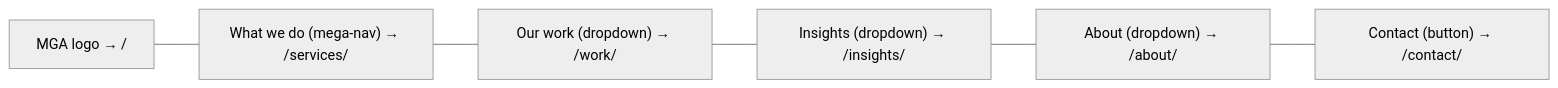
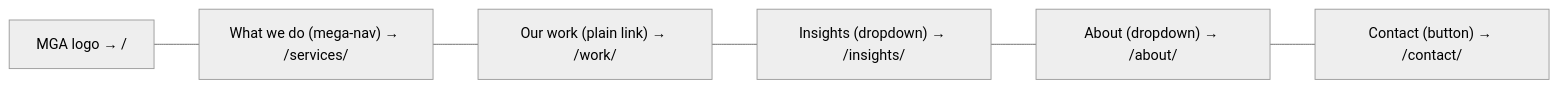
The first of 7 diagrams in docs/diagrams/mega-nav.md (gsdd/temp-manifesto-ia), drawn with Mermaid (neutral theme) before and after one commit. The commit also changed other lines of this file and 1 other file, not shown here.

Commit message:
v2 mermaid diagrams for the three-column mega-nav, triangle mapping and sitemap

````diff
--- a/docs/diagrams/mega-nav.md
+++ b/docs/diagrams/mega-nav.md
@@ -7,10 +7,10 @@
 ```mermaid
 flowchart LR
     Logo["MGA logo → /"]
     WWD["What we do (mega-nav) → /services/"]
-    Work["Our work (dropdown) → /work/"]
+    Work["Our work (plain link) → /work/"]
     Insights["Insights (dropdown) → /insights/"]
     About["About (dropdown) → /about/"]
     Contact["Contact (button) → /contact/"]
     Logo --- WWD --- Work --- Insights --- About --- Contact
 ```
````
